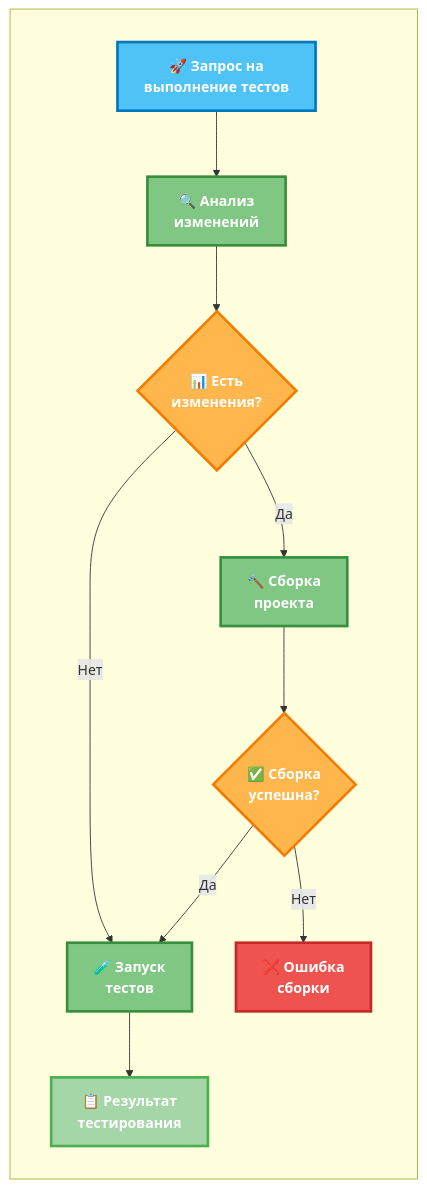
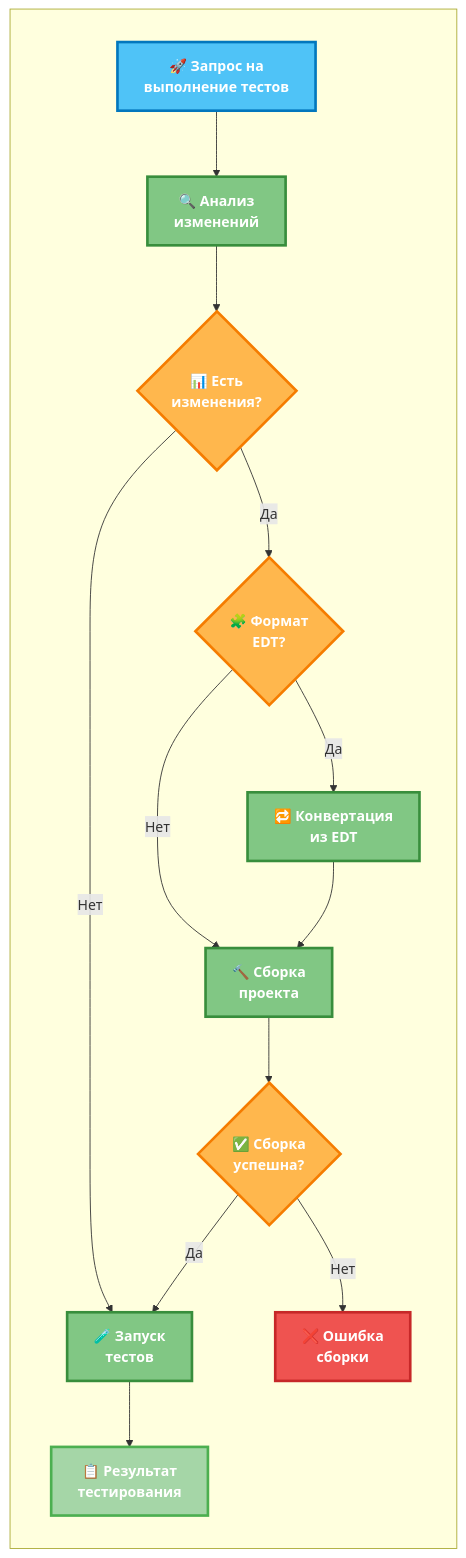
Before and after one commit to alkoleft/mcp-onec-test-runner: the diagram in README.md, drawn with Mermaid. The commit also changed other lines of this file and 1 other file, not shown here.

````diff
--- a/README.md
+++ b/README.md
@@ -31,35 +32,40 @@
 ```mermaid
 flowchart LR
     subgraph " "
         A["🚀 Запрос на<br/>выполнение тестов"]
         B["🔍 Анализ<br/>изменений"]
         C{"📊 Есть<br/>изменения?"}
+        J{"🧩 Формат<br/>EDT?"}
+        I["🔁 Конвертация<br/>из EDT"]
         D["🔨 Сборка<br/>проекта"]
         E["🧪 Запуск<br/>тестов"]
         F{"✅ Сборка<br/>успешна?"}
         G["❌ Ошибка<br/>сборки"]
         H["📋 Результат<br/>тестирования"]
     end
     
     A --> B
     B --> C
-    C -->|Да| D
+    C -->|Да| J
     C -->|Нет| E
+    J -->|Да| I
+    J -->|Нет| D
+    I --> D
     D --> F
     F -->|Да| E
     F -->|Нет| G
     E --> H
     
     %% Современные стили с градиентами и тенями
     classDef startNode fill:#4FC3F7,stroke:#0277BD,stroke-width:3px,color:#fff,font-weight:bold
     classDef processNode fill:#81C784,stroke:#388E3C,stroke-width:3px,color:#fff,font-weight:bold
     classDef decisionNode fill:#FFB74D,stroke:#F57C00,stroke-width:3px,color:#fff,font-weight:bold
     classDef successNode fill:#A5D6A7,stroke:#4CAF50,stroke-width:3px,color:#fff,font-weight:bold
     classDef errorNode fill:#EF5350,stroke:#C62828,stroke-width:3px,color:#fff,font-weight:bold
     
     class A startNode
-    class B,D,E processNode
-    class C,F decisionNode
+    class B,D,E,I processNode
+    class C,F,J decisionNode
     class H successNode
     class G errorNode
 ```
````
